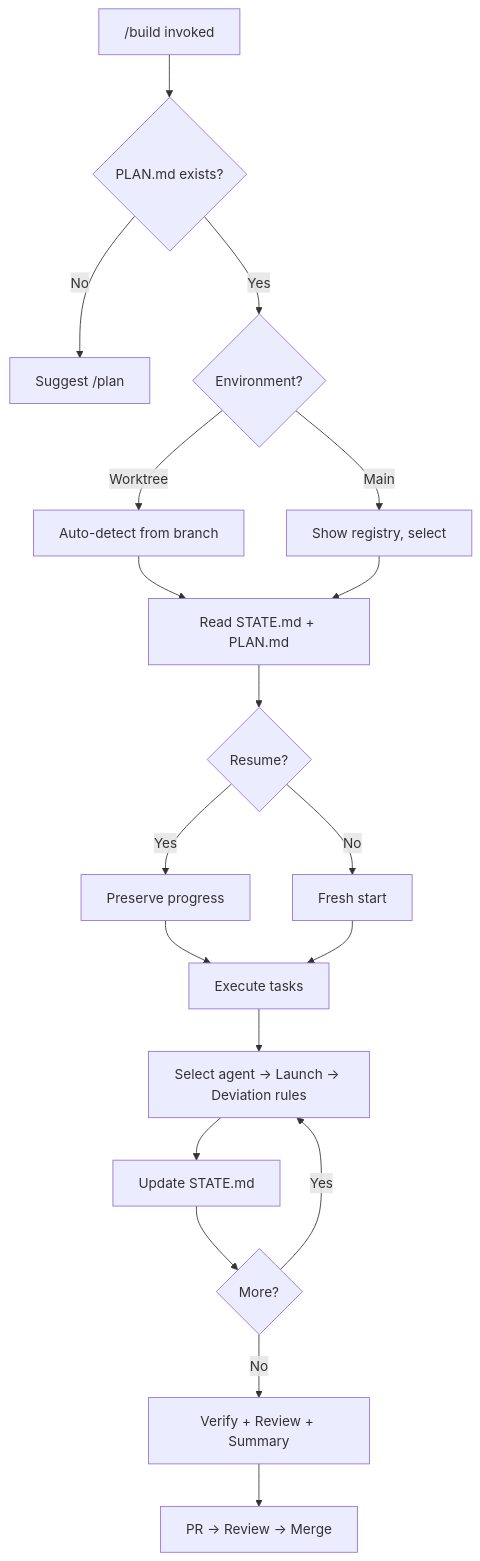
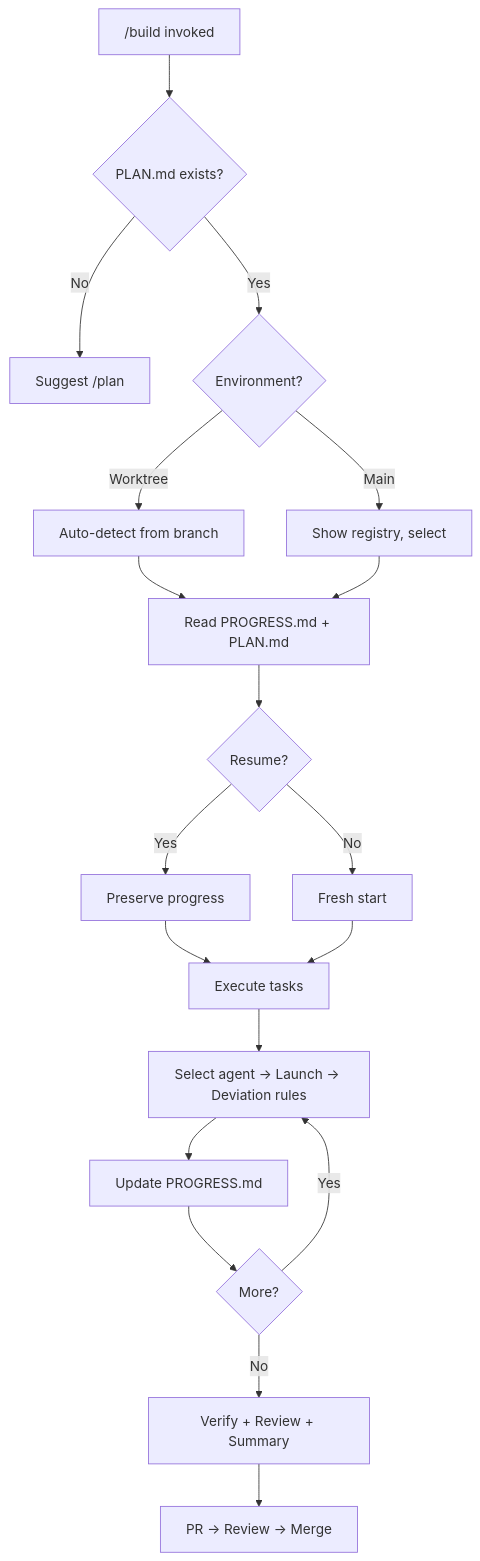
Before and after one commit to royhenengel/claude-customizations: the third of 4 diagrams in skills/Planning/my-workflow/docs/workflow-scenario-maps.md, drawn with Mermaid. The commit also changed other lines of this file and 16 other files, not shown here.

````diff
--- a/skills/Planning/my-workflow/docs/workflow-scenario-maps.md
+++ b/skills/Planning/my-workflow/docs/workflow-scenario-maps.md
@@ -190,26 +190,26 @@
 ```mermaid
 flowchart TD
     START["/build invoked"] --> PREREQ{"PLAN.md exists?"}
     PREREQ -->|"No"| PLAN["Suggest /plan"]
     PREREQ -->|"Yes"| ENV{"Environment?"}
 
     ENV -->|"Worktree"| AUTO["Auto-detect from branch"]
     ENV -->|"Main"| REGISTRY["Show registry, select"]
 
-    AUTO --> LOAD["Read STATE.md + PLAN.md"]
+    AUTO --> LOAD["Read PROGRESS.md + PLAN.md"]
     REGISTRY --> LOAD
 
     LOAD --> RESUME{"Resume?"}
     RESUME -->|"Yes"| PRESERVE["Preserve progress"]
     RESUME -->|"No"| FRESH["Fresh start"]
 
     PRESERVE --> EXEC["Execute tasks"]
     FRESH --> EXEC
 
     EXEC --> TASK["Select agent → Launch → Deviation rules"]
-    TASK --> UPDATE["Update STATE.md"]
+    TASK --> UPDATE["Update PROGRESS.md"]
     UPDATE --> MORE{"More?"}
     MORE -->|"Yes"| TASK
     MORE -->|"No"| VERIFY["Verify + Review + Summary"]
     VERIFY --> PR["PR → Review → Merge"]
 ```
````
